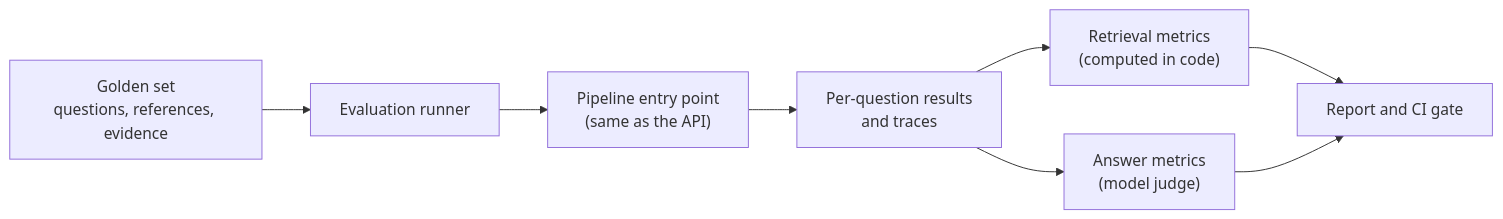
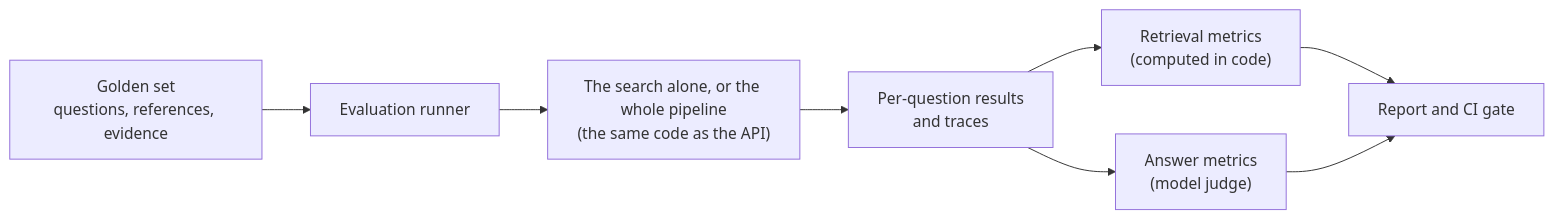
One commit to MumukshuPanchal/handbook-rag changed the third of 3 diagrams in docs/architecture.md. Above: the diagram before and after it, drawn with Mermaid. The commit also changed other lines of this file and 5 other files, not shown here.

````diff
--- a/docs/architecture.md
+++ b/docs/architecture.md
@@ -108,10 +109,10 @@
 ```mermaid
 flowchart LR
     GS["Golden set<br/>questions, references, evidence"] --> RUN["Evaluation runner"]
-    RUN --> PIPE["Pipeline entry point<br/>(same as the API)"]
+    RUN --> PIPE["The search alone, or the whole pipeline<br/>(the same code as the API)"]
     PIPE --> RES["Per-question results<br/>and traces"]
     RES --> M1["Retrieval metrics<br/>(computed in code)"]
     RES --> M2["Answer metrics<br/>(model judge)"]
     M1 --> REP["Report and CI gate"]
     M2 --> REP
 ```
````
